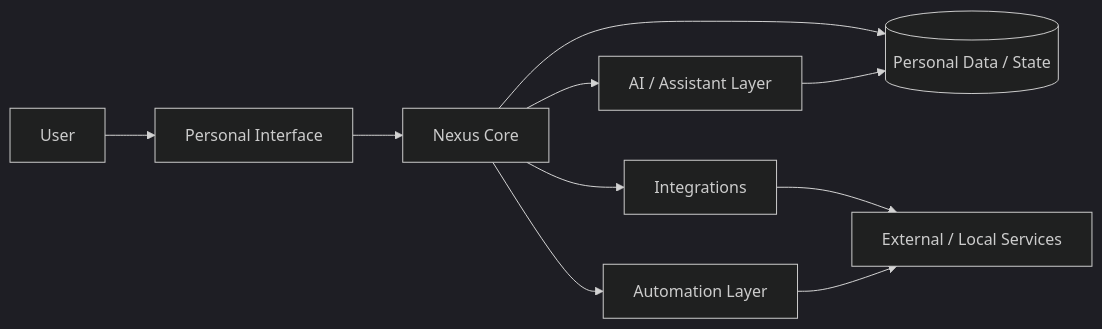
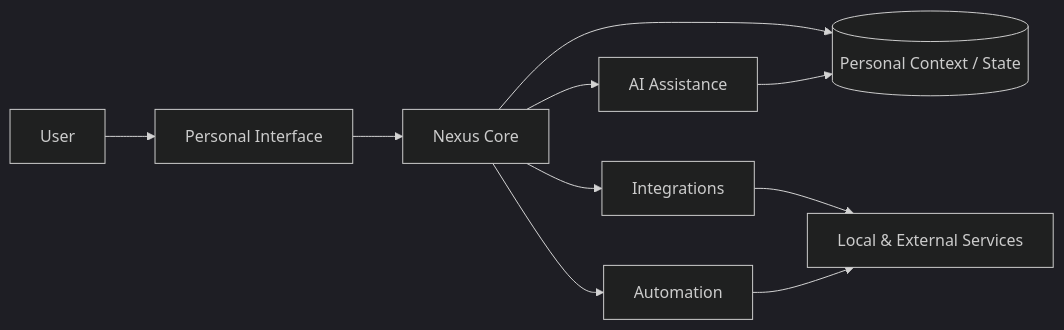
One commit to tahakubilay/Nexus changed the diagram in README.md. Above: the diagram before and after it, drawn with Mermaid (dark theme). The commit also changed other lines of this file, not shown here.

````diff
--- a/README.md
+++ b/README.md
@@ -74,12 +29,12 @@
 ```mermaid
 flowchart LR
     USER[User] --> UI[Personal Interface]
     UI --> CORE[Nexus Core]
-    CORE --> AI[AI / Assistant Layer]
-    CORE --> AUTO[Automation Layer]
+    CORE --> AI[AI Assistance]
+    CORE --> AUTO[Automation]
     CORE --> INT[Integrations]
-    CORE --> DATA[(Personal Data / State)]
-    INT --> SERVICES[External / Local Services]
+    CORE --> DATA[(Personal Context / State)]
+    INT --> SERVICES[Local & External Services]
     AUTO --> SERVICES
     AI --> DATA
 ```
````
